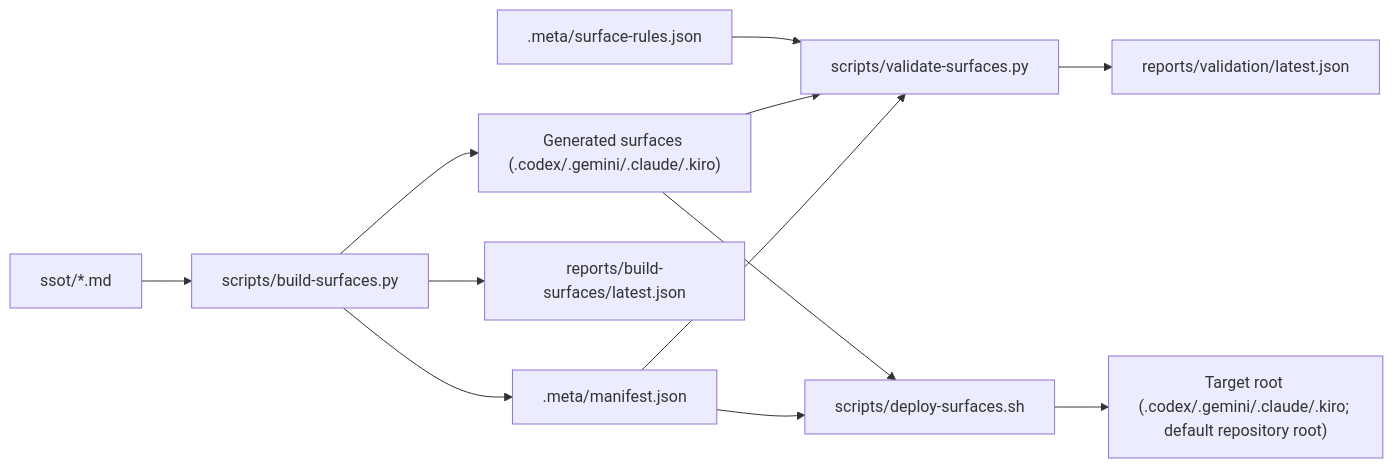
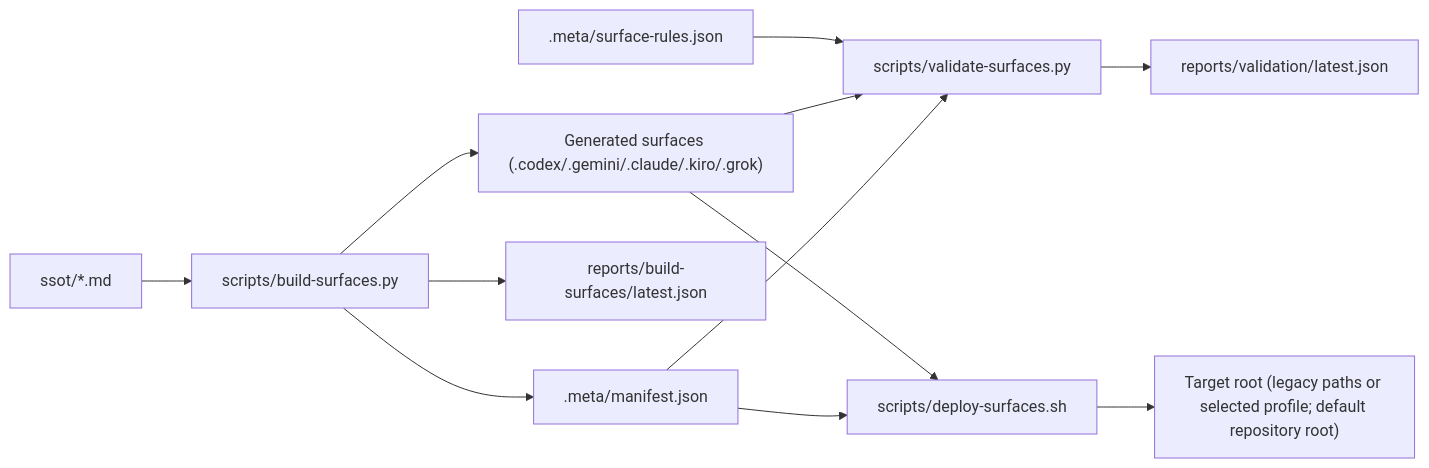
Before and after one commit to medhatgalal/Core-Prompts: the diagram in docs/ARCHITECTURE.md, drawn with Mermaid. The commit also changed other lines of this file and 109 other files, not shown here.

````diff
--- a/docs/ARCHITECTURE.md
+++ b/docs/ARCHITECTURE.md
@@ -19,14 +20,14 @@
 ```mermaid
 flowchart LR
   A["ssot/*.md"] --> B["scripts/build-surfaces.py"]
-  B --> C["Generated surfaces (.codex/.gemini/.claude/.kiro)"]
+  B --> C["Generated surfaces (.codex/.gemini/.claude/.kiro/.grok)"]
   B --> D[".meta/manifest.json"]
   B --> J["reports/build-surfaces/latest.json"]
   E[".meta/surface-rules.json"] --> F["scripts/validate-surfaces.py"]
   C --> F
   D --> F
   F --> G["reports/validation/latest.json"]
   C --> H["scripts/deploy-surfaces.sh"]
   D --> H
-  H --> I["Target root (.codex/.gemini/.claude/.kiro; default repository root)"]
+  H --> I["Target root (legacy paths or selected profile; default repository root)"]
 ```
````
